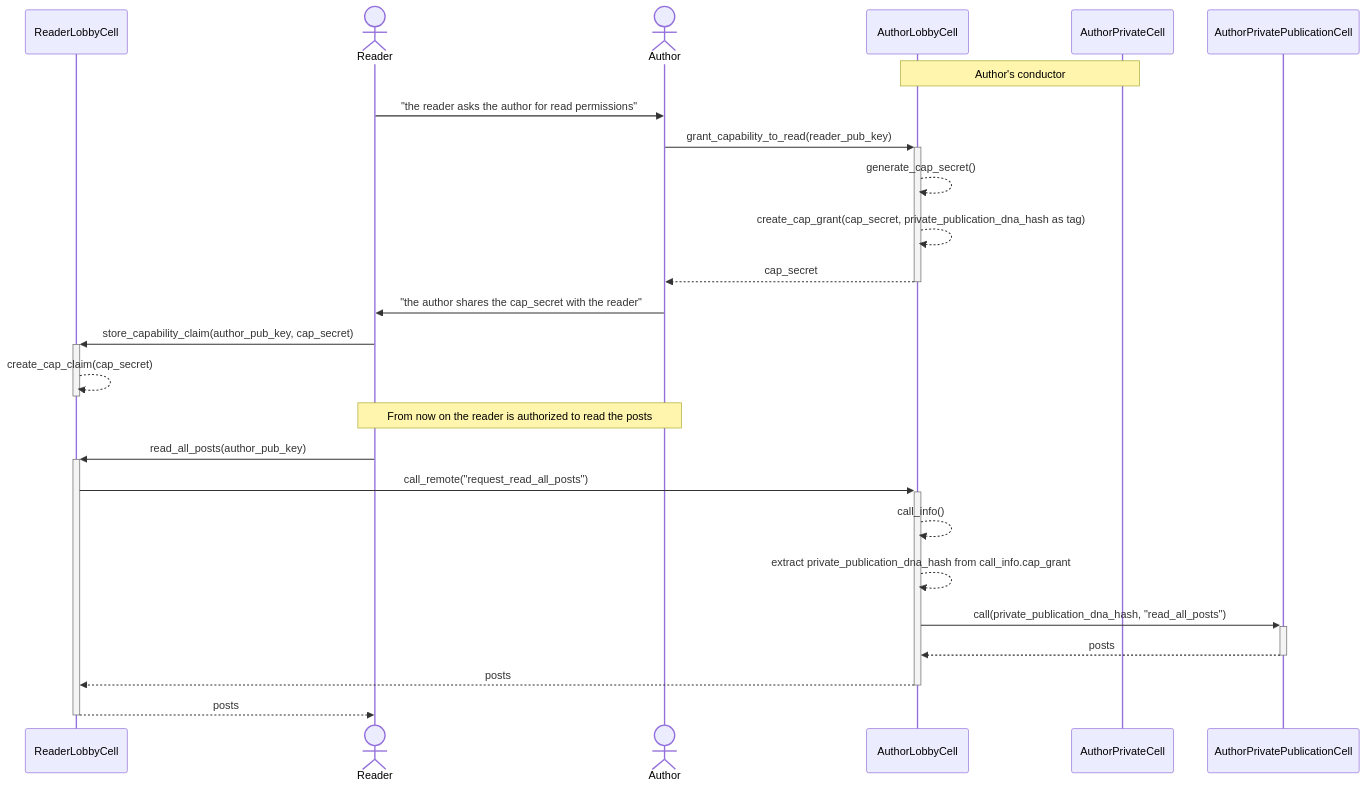
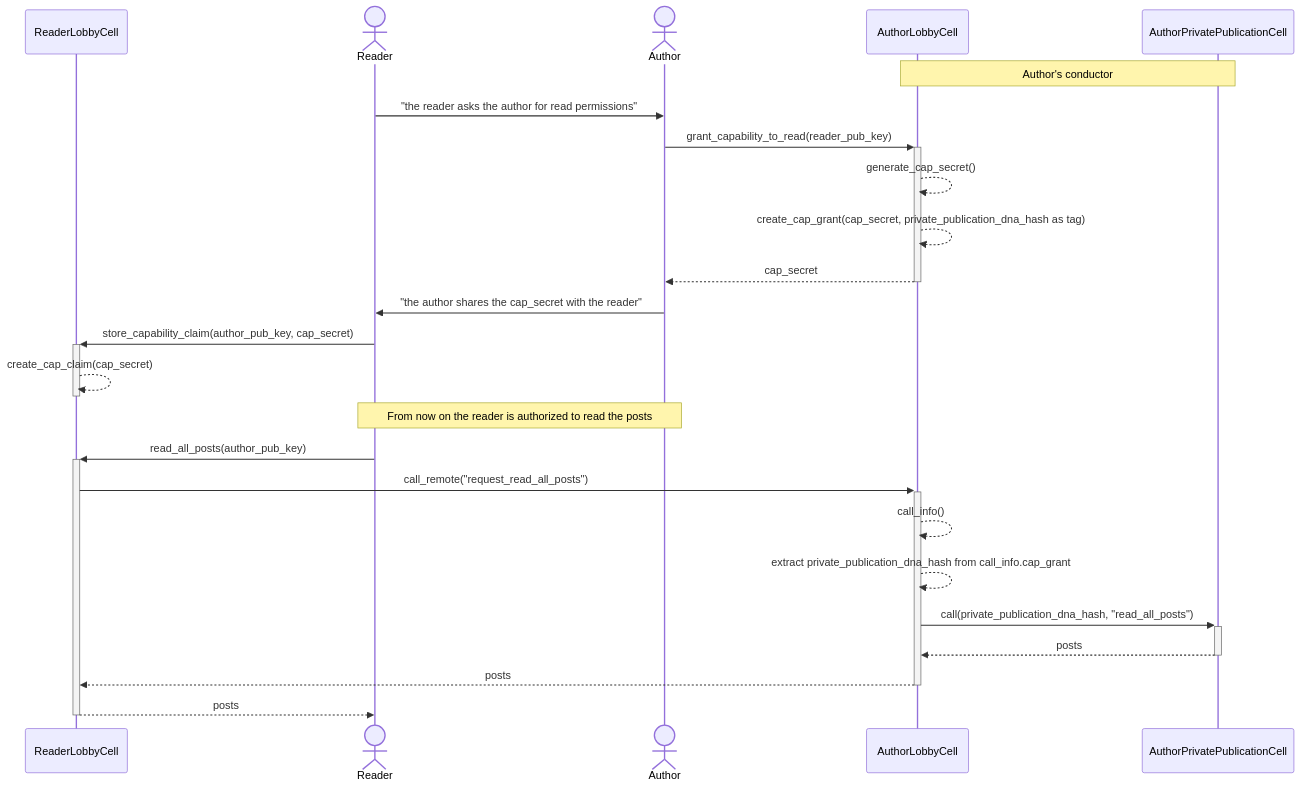
Before and after one commit to holochain-immersive/private-publication: the diagram in EXERCISES.md, drawn with Mermaid.

Commit message:
Fixed diagram

````diff
--- a/EXERCISES.md
+++ b/EXERCISES.md
@@ -65,28 +65,28 @@
 ```mermaid
 sequenceDiagram
 
 participant ReaderLobbyCell
 actor Reader
 actor Author
 participant AuthorLobbyCell
-participant AuthorPrivateCell
+participant AuthorPrivatePublicationCell
 
-Note over AuthorLobbyCell,AuthorPrivateCell: Author's conductor
+Note over AuthorLobbyCell,AuthorPrivatePublicationCell: Author's conductor
 Reader->>Author: "the reader asks the author for read permissions"
 Author->>+AuthorLobbyCell: grant_capability_to_read(reader_pub_key)
 AuthorLobbyCell-->>AuthorLobbyCell: generate_cap_secret()
 AuthorLobbyCell-->>AuthorLobbyCell: create_cap_grant(cap_secret, private_publication_dna_hash as tag)
 AuthorLobbyCell-->>-Author: cap_secret
 Author->>Reader: "the author shares the cap_secret with the reader"
 Reader->>+ReaderLobbyCell: store_capability_claim(author_pub_key, cap_secret)
 ReaderLobbyCell-->>-ReaderLobbyCell: create_cap_claim(cap_secret)
 Note over Author,Reader: From now on the reader is authorized to read the posts
 Reader->>+ReaderLobbyCell: read_all_posts(author_pub_key)
 ReaderLobbyCell->>+AuthorLobbyCell: call_remote("request_read_all_posts")
 AuthorLobbyCell-->>AuthorLobbyCell: call_info()
 AuthorLobbyCell-->>AuthorLobbyCell: extract private_publication_dna_hash from call_info.cap_grant
 AuthorLobbyCell->>+AuthorPrivatePublicationCell: call(private_publication_dna_hash, "read_all_posts")
 AuthorPrivatePublicationCell-->>-AuthorLobbyCell: posts
 AuthorLobbyCell-->>-ReaderLobbyCell: posts
 ReaderLobbyCell-->>-Reader: posts
 ```
````
